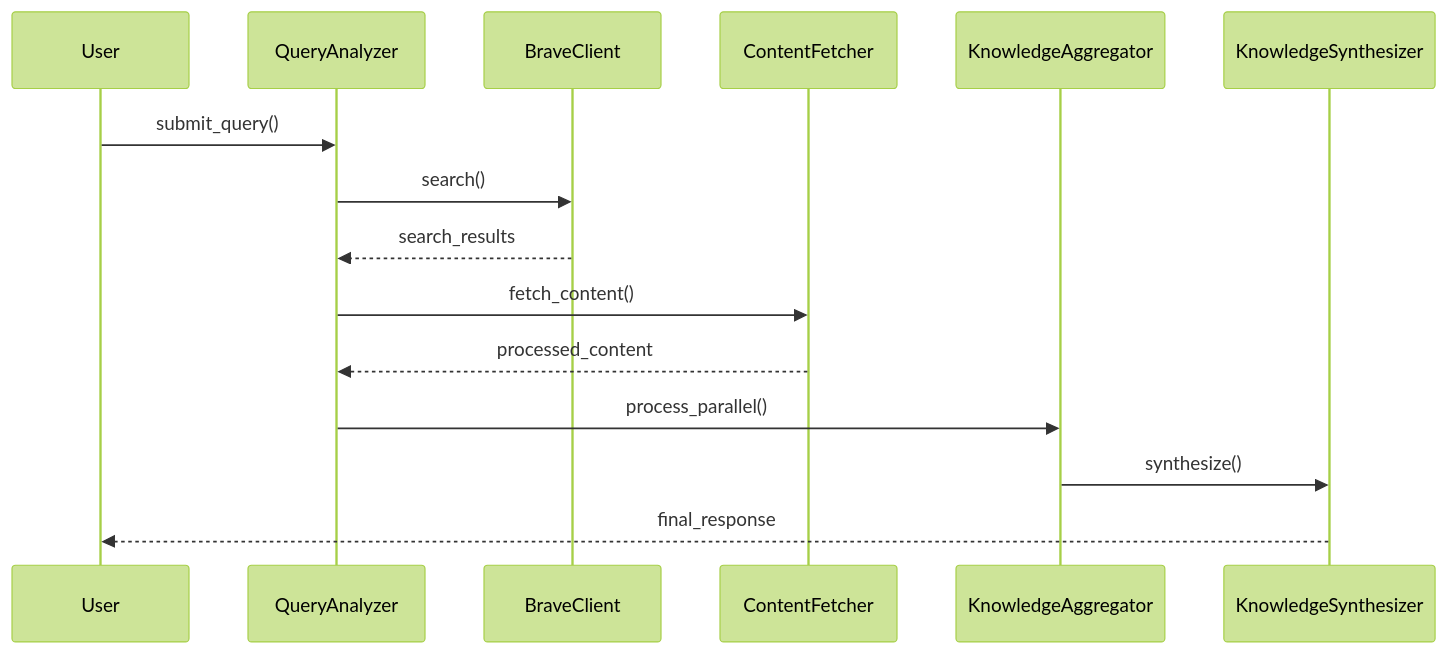
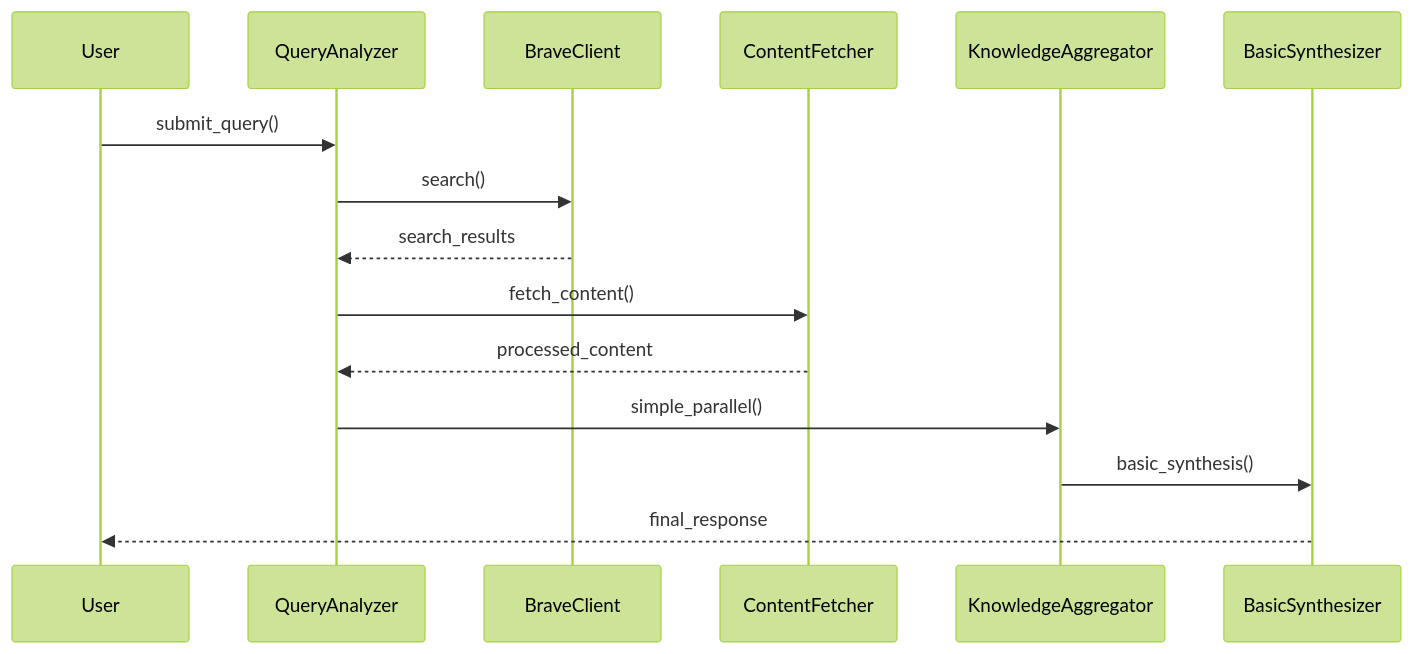
One commit to ExactDoug/multi-llm-wrapper changed the first of 2 diagrams in docs/brave-dev/knowledge-aggregator/component-interactions.md. Above: the diagram before and after it, drawn with Mermaid (forest theme). The commit also changed other lines of this file and 28 other files, not shown here.

First line of the commit message:
Reorganize Brave Search documentation and implement knowledge aggregator components

````diff
--- a/docs/brave-dev/knowledge-aggregator/component-interactions.md
+++ b/docs/brave-dev/knowledge-aggregator/component-interactions.md
@@ -10,18 +10,18 @@
 ```mermaid
 sequenceDiagram
     participant User
     participant QueryAnalyzer
     participant BraveClient
     participant ContentFetcher
     participant KnowledgeAggregator
-    participant KnowledgeSynthesizer
+    participant BasicSynthesizer
 
     User->>QueryAnalyzer: submit_query()
     QueryAnalyzer->>BraveClient: search()
     BraveClient-->>QueryAnalyzer: search_results
     QueryAnalyzer->>ContentFetcher: fetch_content()
     ContentFetcher-->>QueryAnalyzer: processed_content
-    QueryAnalyzer->>KnowledgeAggregator: process_parallel()
-    KnowledgeAggregator->>KnowledgeSynthesizer: synthesize()
-    KnowledgeSynthesizer-->>User: final_response
+    QueryAnalyzer->>KnowledgeAggregator: simple_parallel()
+    KnowledgeAggregator->>BasicSynthesizer: basic_synthesis()
+    BasicSynthesizer-->>User: final_response
 ```
````
